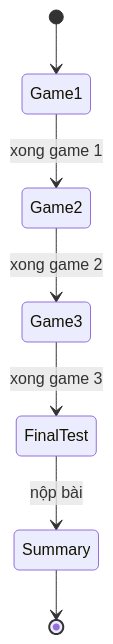
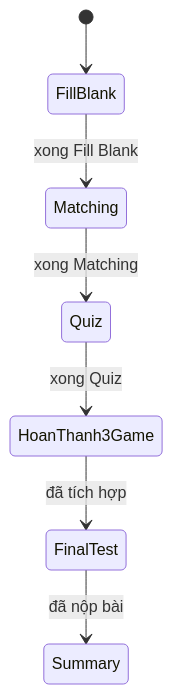
One commit to TAnh05/EduGame changed the diagram in README.md. Above: the diagram before and after it, drawn with Mermaid. The commit also changed other lines of this file and 15 other files, not shown here.

Commit message:
Tích hợp bài kiểm tra cuối và bộ skill

````diff
--- a/README.md
+++ b/README.md
@@ -89,9 +60,9 @@
 ```mermaid
 stateDiagram-v2
-    [*] --> Game1
-    Game1 --> Game2 : xong game 1
-    Game2 --> Game3 : xong game 2
-    Game3 --> FinalTest : xong game 3
-    FinalTest --> Summary : nộp bài
-    Summary --> [*]
+    [*] --> FillBlank
+    FillBlank --> Matching : xong Fill Blank
+    Matching --> Quiz : xong Matching
+    Quiz --> HoanThanh3Game : xong Quiz
+    HoanThanh3Game --> FinalTest : đã tích hợp
+    FinalTest --> Summary : đã nộp bài
 ```
````
